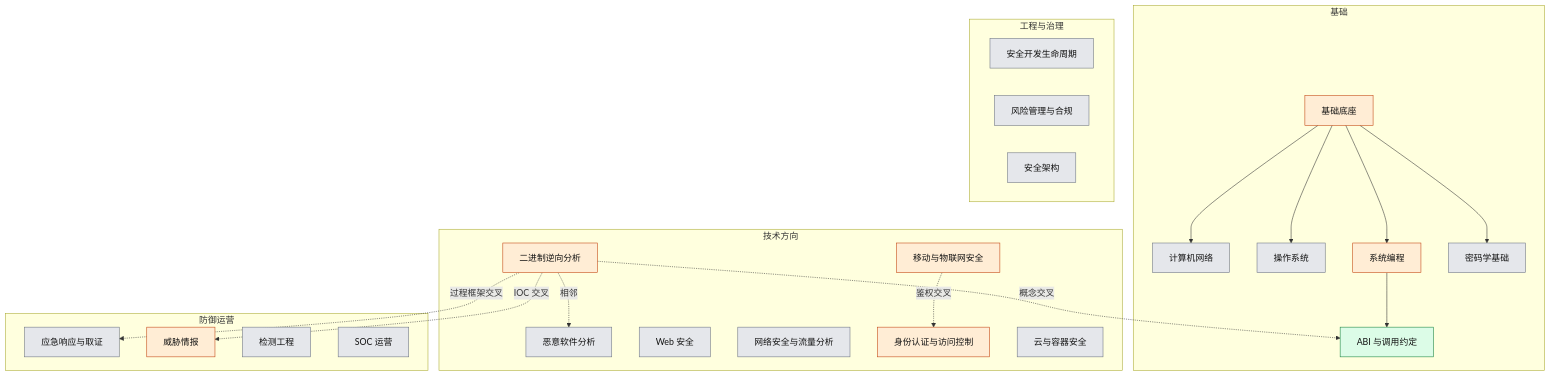
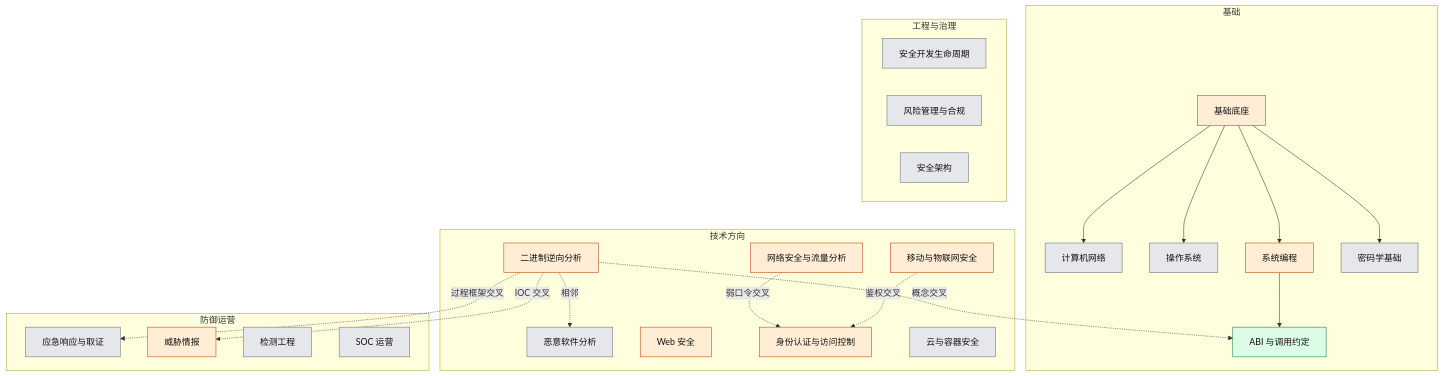
Before and after one commit to HubBoys/cybersec-knowledge: the first of 4 diagrams in graph.md, drawn with Mermaid. The commit also changed other lines of this file and 9 other files, not shown here.

````diff
--- a/graph.md
+++ b/graph.md
@@ -11,54 +11,55 @@
 ```mermaid
 flowchart TB
   classDef uncovered fill:#e5e7eb,stroke:#6b7280,color:#111
   classDef partial fill:#ffedd5,stroke:#c2410c,color:#111
   classDef covered fill:#dcfce7,stroke:#15803d,color:#111
   classDef practiced fill:#dbeafe,stroke:#1d4ed8,color:#111
 
   subgraph base [基础]
     F[基础底座]
     N[计算机网络]
     OS[操作系统]
     SP[系统编程]
     CR[密码学基础]
     ABI[ABI 与调用约定]
   end
 
   subgraph tech [技术方向]
     RE[二进制逆向分析]
     MA[恶意软件分析]
     WEB[Web 安全]
     NET[网络安全与流量分析]
     ID[身份认证与访问控制]
     CL[云与容器安全]
     IOT[移动与物联网安全]
   end
 
   subgraph ops [防御运营]
     DFIR[应急响应与取证]
     TI[威胁情报]
     DET[检测工程]
     SOC[SOC 运营]
   end
 
   subgraph gov [工程与治理]
     SDLC[安全开发生命周期]
     GRC[风险管理与合规]
     ARCH[安全架构]
   end
 
   F --> N
   F --> OS
   F --> SP
   F --> CR
   SP --> ABI
   RE -.概念交叉.-> ABI
   RE -.相邻.-> MA
   RE -.过程框架交叉.-> DFIR
   RE -.IOC 交叉.-> TI
   IOT -.鉴权交叉.-> ID
+  NET -.弱口令交叉.-> ID
 
-  class N,OS,CR,MA,WEB,NET,CL,DFIR,DET,SOC,SDLC,GRC,ARCH uncovered
-  class F,SP,RE,TI,IOT,ID partial
+  class N,OS,CR,MA,CL,DFIR,DET,SOC,SDLC,GRC,ARCH uncovered
+  class F,SP,RE,TI,IOT,ID,WEB,NET partial
   class ABI covered
 ```
````
